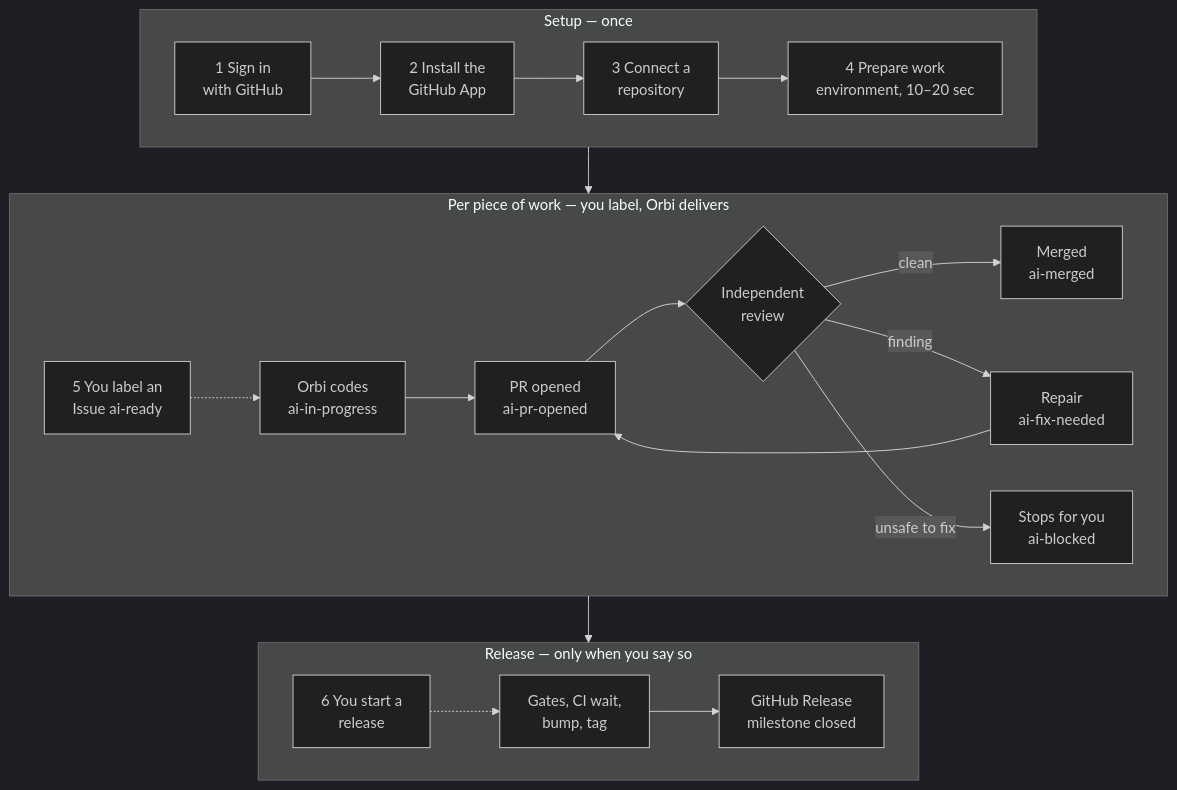
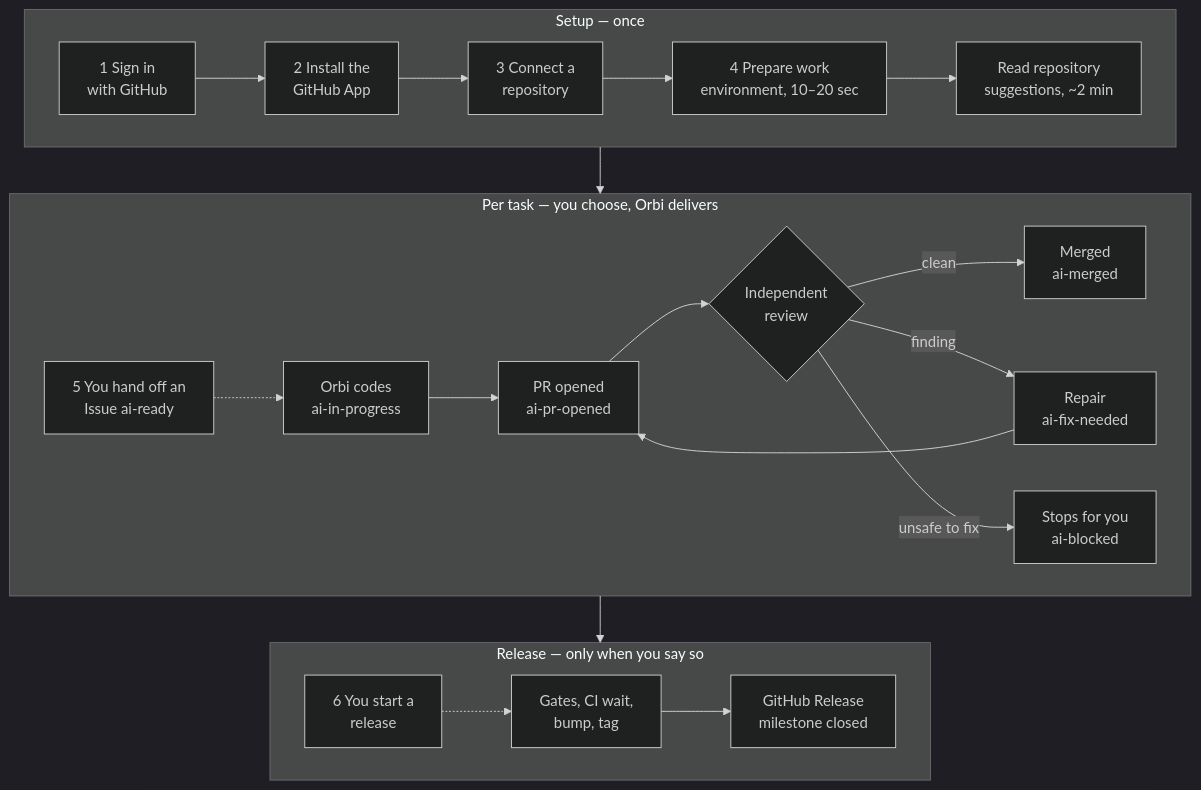
One commit to orbi-build/orbi-cloud-docs changed the first of 2 diagrams in index.mdx. Above: the diagram before and after it, drawn with Mermaid (dark theme). The commit also changed other lines of this file and 1 other file, not shown here.

Commit message:
docs: include repository reading in the overview flow

````diff
--- a/index.mdx
+++ b/index.mdx
@@ -18,22 +18,22 @@
 ```mermaid
 flowchart TD
   subgraph setup["Setup — once"]
     direction LR
-    s1["1 Sign in<br/>with GitHub"] --> s2["2 Install the<br/>GitHub App"] --> s3["3 Connect a<br/>repository"] --> s4["4 Prepare work<br/>environment, 10–20 sec"]
+    s1["1 Sign in<br/>with GitHub"] --> s2["2 Install the<br/>GitHub App"] --> s3["3 Connect a<br/>repository"] --> s4["4 Prepare work<br/>environment, 10–20 sec"] --> s5["Read repository<br/>suggestions, ~2 min"]
   end
 
-  subgraph work["Per piece of work — you label, Orbi delivers"]
+  subgraph work["Per task — you choose, Orbi delivers"]
     direction LR
-    w1["5 You label an<br/>Issue ai-ready"] -.-> w2["Orbi codes<br/>ai-in-progress"] --> w3["PR opened<br/>ai-pr-opened"] --> w4{"Independent<br/>review"}
+    w1["5 You hand off an<br/>Issue ai-ready"] -.-> w2["Orbi codes<br/>ai-in-progress"] --> w3["PR opened<br/>ai-pr-opened"] --> w4{"Independent<br/>review"}
     w4 -->|clean| w5["Merged<br/>ai-merged"]
     w4 -->|finding| w6["Repair<br/>ai-fix-needed"] --> w3
     w4 -->|unsafe to fix| w7["Stops for you<br/>ai-blocked"]
   end
 
   subgraph rel["Release — only when you say so"]
     direction LR
     r1["6 You start a<br/>release"] -.-> r2["Gates, CI wait,<br/>bump, tag"] --> r3["GitHub Release<br/>milestone closed"]
   end
 
   setup --> work --> rel
 ```
````
